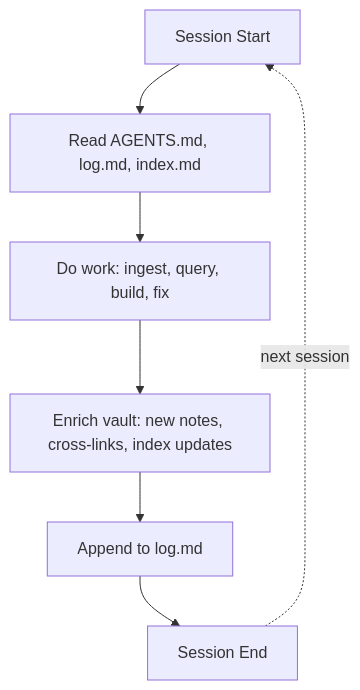
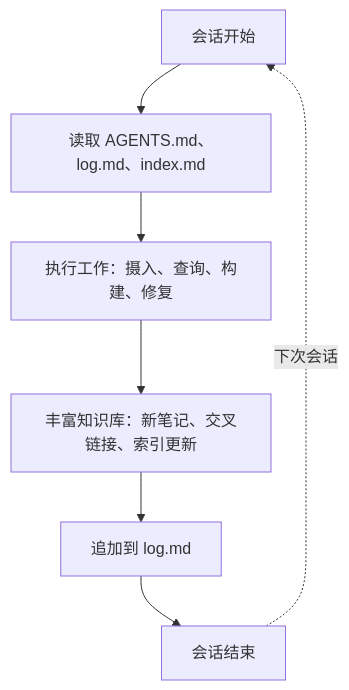
The first of 2 diagrams in _meta/self-bootstrapping.md (hencter/Nova), drawn with Mermaid before and after one commit. The commit also changed other lines of this file and 56 other files, not shown here.

````diff
--- a/_meta/self-bootstrapping.md
+++ b/_meta/self-bootstrapping.md
@@ -23,9 +25,9 @@
 ```mermaid
 graph TD
-    START[Session Start] --> READ[Read AGENTS.md, log.md, index.md]
-    READ --> WORK[Do work: ingest, query, build, fix]
-    WORK --> ENRICH[Enrich vault: new notes, cross-links, index updates]
-    ENRICH --> LOG[Append to log.md]
-    LOG --> END[Session End]
-    END -.->|next session| START
+    START[会话开始] --> READ[读取 AGENTS.md、log.md、index.md]
+    READ --> WORK[执行工作：摄入、查询、构建、修复]
+    WORK --> ENRICH[丰富知识库：新笔记、交叉链接、索引更新]
+    ENRICH --> LOG[追加到 log.md]
+    LOG --> END[会话结束]
+    END -.->|下次会话| START
 ```
````
